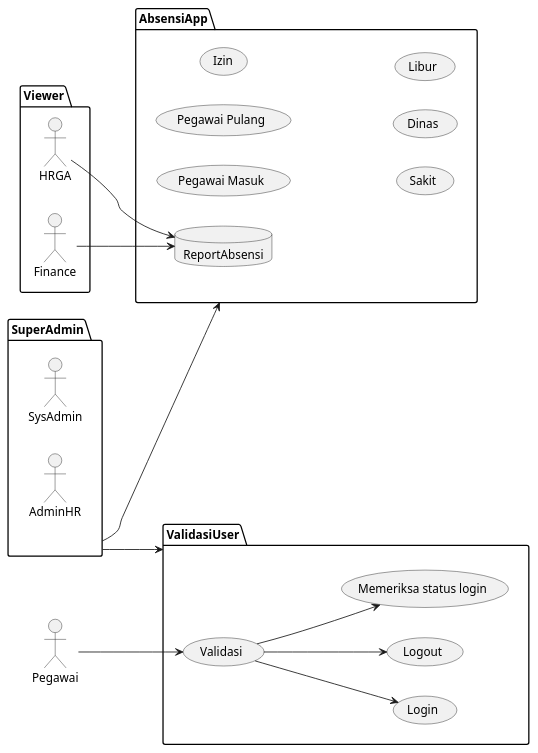
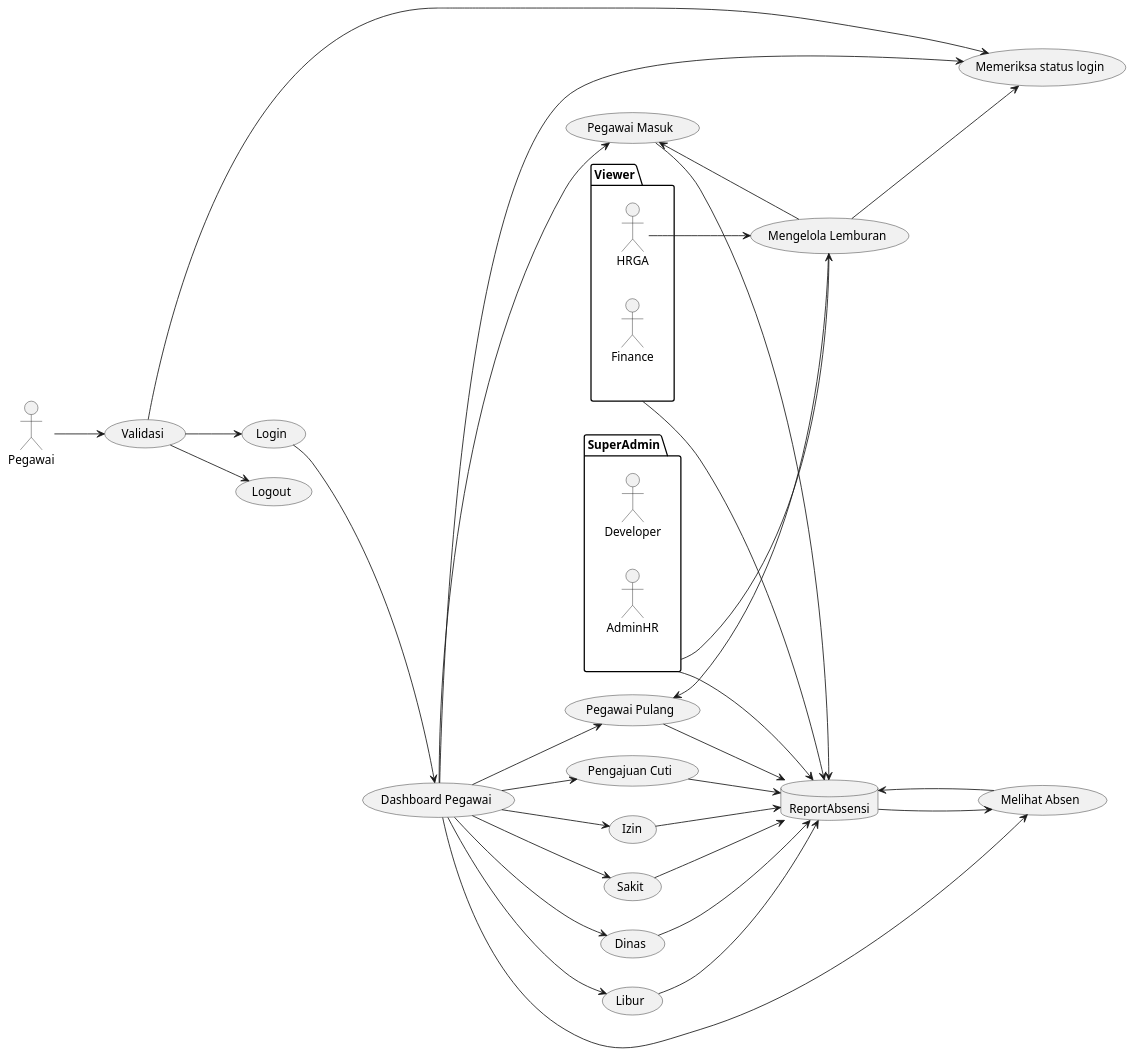
Before and after one commit to petr0max/absensi: the diagram in flowAbsenApp.puml, drawn with PlantUML. The commit also changed 1 other file, not shown here.

```diff
--- a/flowAbsenApp.puml
+++ b/flowAbsenApp.puml
@@ -1,41 +1,68 @@
 @startuml
 left to right direction
 
 actor Pegawai as emp
 
-package Viewer {
-	actor HRGA as hr1
-	actor Finance as fin1
+package Viewer as view {
+	actor HRGA as hr
+	actor Finance as fin
 }
 
 package SuperAdmin as SupAdm {
-	actor SysAdmin as sys1
-	actor AdminHR as ahr1
+	actor Developer as dev
+	actor AdminHR as ahr
 }
 
-package ValidasiUser as ValUser {
-	usecase "Login" as login
-	usecase "Logout" as logout
-	usecase "Validasi" as validasi
-	usecase "Memeriksa status login" as checkuser
-}
+usecase "Login" as login
+usecase "Logout" as logout
+usecase "Validasi" as validasi
+usecase "Memeriksa status login" as checkuser
 
-package AbsensiApp as AbAp {
-	usecase "Pegawai Masuk" as UC1
-	usecase "Pegawai Pulang" as UC2
-	usecase "Izin" as UC3
-	usecase "Sakit" as UC4
-	usecase "Dinas" as UC5
-	usecase "Libur" as UC6
-	database "ReportAbsensi" as db1
-}
+usecase "Pegawai Masuk" as UC1
+usecase "Pegawai Pulang" as UC2
+usecase "Izin" as UC3
+usecase "Sakit" as UC4
+usecase "Dinas" as UC5
+usecase "Libur" as UC6
+usecase "Pengajuan Cuti" as UC7
+database "ReportAbsensi" as db1
+
+usecase "Dashboard Pegawai" as dashEmp
+usecase "Melihat Absen" as lookAb
+
+usecase "Mengelola Lemburan" as kelLembur
 
 validasi --> login
 validasi --> logout
 validasi --> checkuser
-SupAdm --> ValUser
-SupAdm --> AbAp
-hr1 --> db1
-fin1 --> db1
+SupAdm --> db1
+view --> db1
 emp --> validasi
+UC1 --> db1
+UC2 --> db1
+UC3 --> db1
+UC4 --> db1
+UC5 --> db1
+UC6 --> db1
+UC7 --> db1
+UC1 <-- kelLembur
+UC2 <-- kelLembur
+
+login --> dashEmp
+dashEmp --> UC1
+dashEmp --> UC2
+dashEmp --> UC3
+dashEmp --> UC4
+dashEmp --> UC5
+dashEmp --> UC6
+dashEmp --> UC7
+dashEmp --> lookAb
+dashEmp --> checkuser
+db1 --> lookAb
+lookAb --> db1
+
+kelLembur --> checkuser
+SupAdm --> kelLembur
+hr --> kelLembur
+
 @enduml
```
